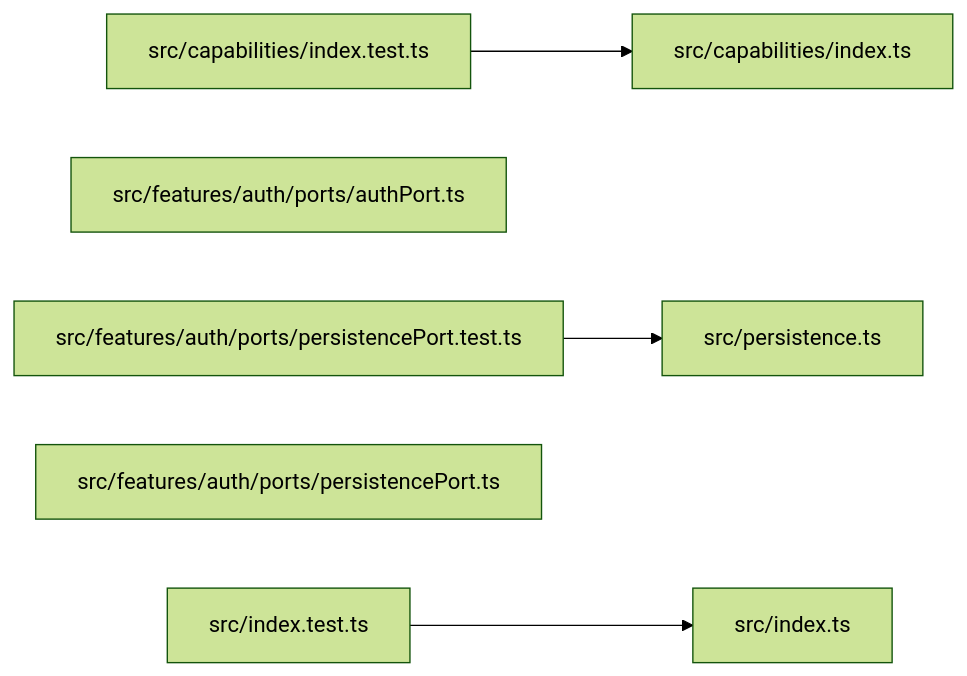
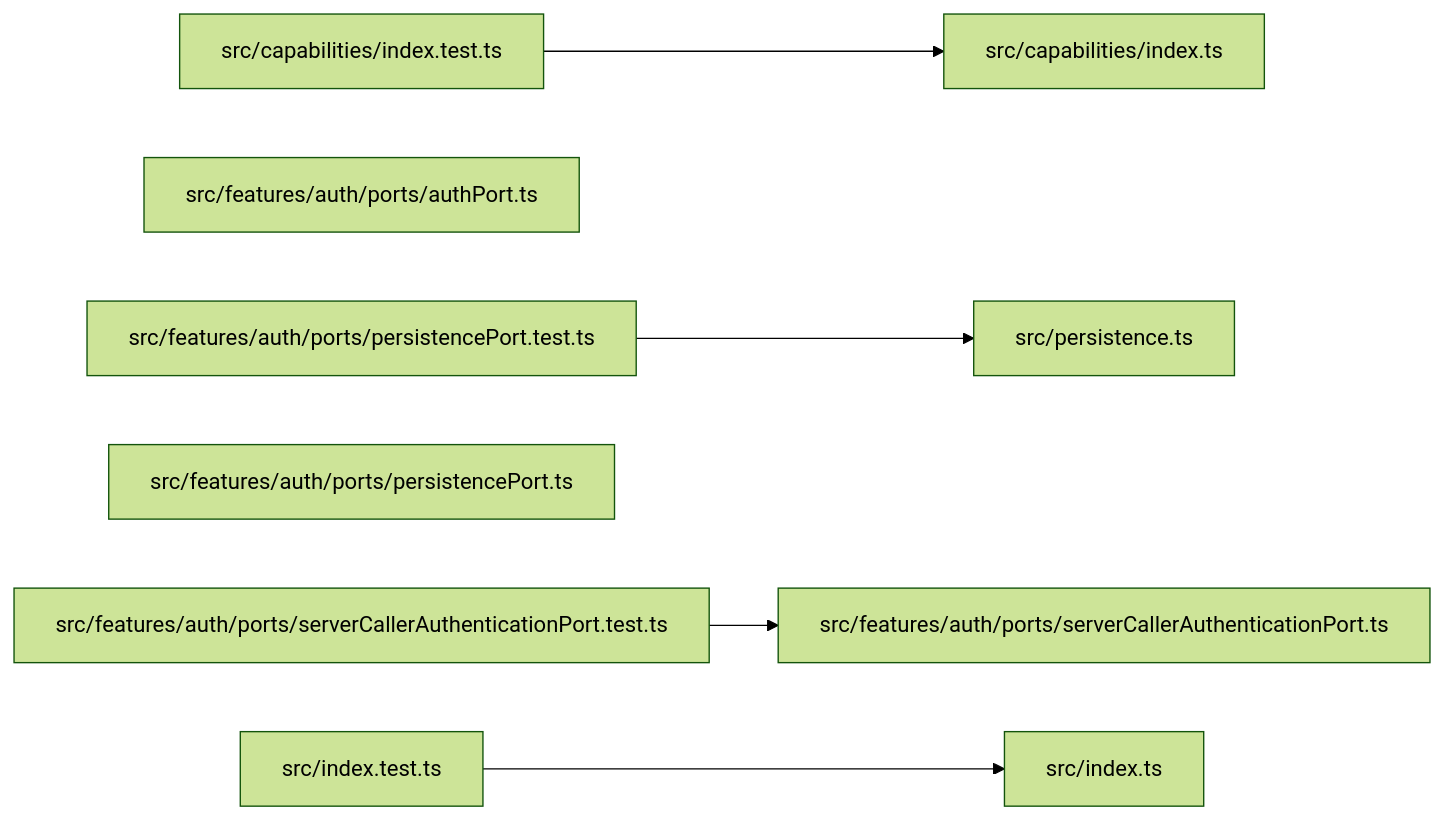
Before and after one commit to ankhorage/auth: the diagram in paradox/diagrams/module-relationships.mmd, drawn with Mermaid (forest theme). The commit also changed 12 other files, not shown here.

```diff
--- a/paradox/diagrams/module-relationships.mmd
+++ b/paradox/diagrams/module-relationships.mmd
@@ -1,12 +1,15 @@
 graph LR
   module_src_capabilities_index_test_ts["src/capabilities/index.test.ts"]
   module_src_capabilities_index_ts["src/capabilities/index.ts"]
   module_src_features_auth_ports_authPort_ts["src/features/auth/ports/authPort.ts"]
   module_src_features_auth_ports_persistencePort_test_ts["src/features/auth/ports/persistencePort.test.ts"]
   module_src_features_auth_ports_persistencePort_ts["src/features/auth/ports/persistencePort.ts"]
+  module_src_features_auth_ports_serverCallerAuthenticationPort_test_ts["src/features/auth/ports/serverCallerAuthenticationPort.test.ts"]
+  module_src_features_auth_ports_serverCallerAuthenticationPort_ts["src/features/auth/ports/serverCallerAuthenticationPort.ts"]
   module_src_index_test_ts["src/index.test.ts"]
   module_src_index_ts["src/index.ts"]
   module_src_persistence_ts["src/persistence.ts"]
   module_src_capabilities_index_test_ts --> module_src_capabilities_index_ts
   module_src_features_auth_ports_persistencePort_test_ts --> module_src_persistence_ts
+  module_src_features_auth_ports_serverCallerAuthenticationPort_test_ts --> module_src_features_auth_ports_serverCallerAuthenticationPort_ts
   module_src_index_test_ts --> module_src_index_ts
```
